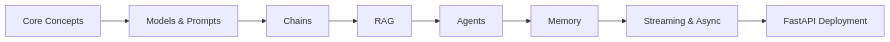
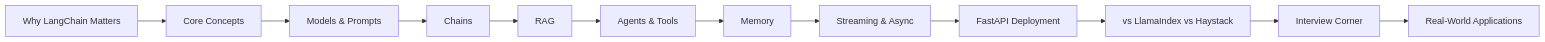
Before and after one commit to Raushan666java/ai-engineering-journey: the diagram in docs/courses/applied-ai/02-langchain.md, drawn with Mermaid. The commit also changed other lines of this file and 3 other files, not shown here.

````diff
--- a/docs/courses/applied-ai/02-langchain.md
+++ b/docs/courses/applied-ai/02-langchain.md
@@ -29,10 +42,14 @@
 ```mermaid
 flowchart LR
-    A[Core Concepts] --> B[Models & Prompts]
-    B --> C[Chains]
-    C --> D[RAG]
-    D --> E[Agents]
-    E --> F[Memory]
-    F --> G[Streaming & Async]
-    G --> H[FastAPI Deployment]
+    A[Why LangChain Matters] --> B[Core Concepts]
+    B --> C[Models & Prompts]
+    C --> D[Chains]
+    D --> E[RAG]
+    E --> F[Agents & Tools]
+    F --> G[Memory]
+    G --> H[Streaming & Async]
+    H --> I[FastAPI Deployment]
+    I --> J[vs LlamaIndex vs Haystack]
+    J --> K[Interview Corner]
+    K --> L[Real-World Applications]
 ```
````
